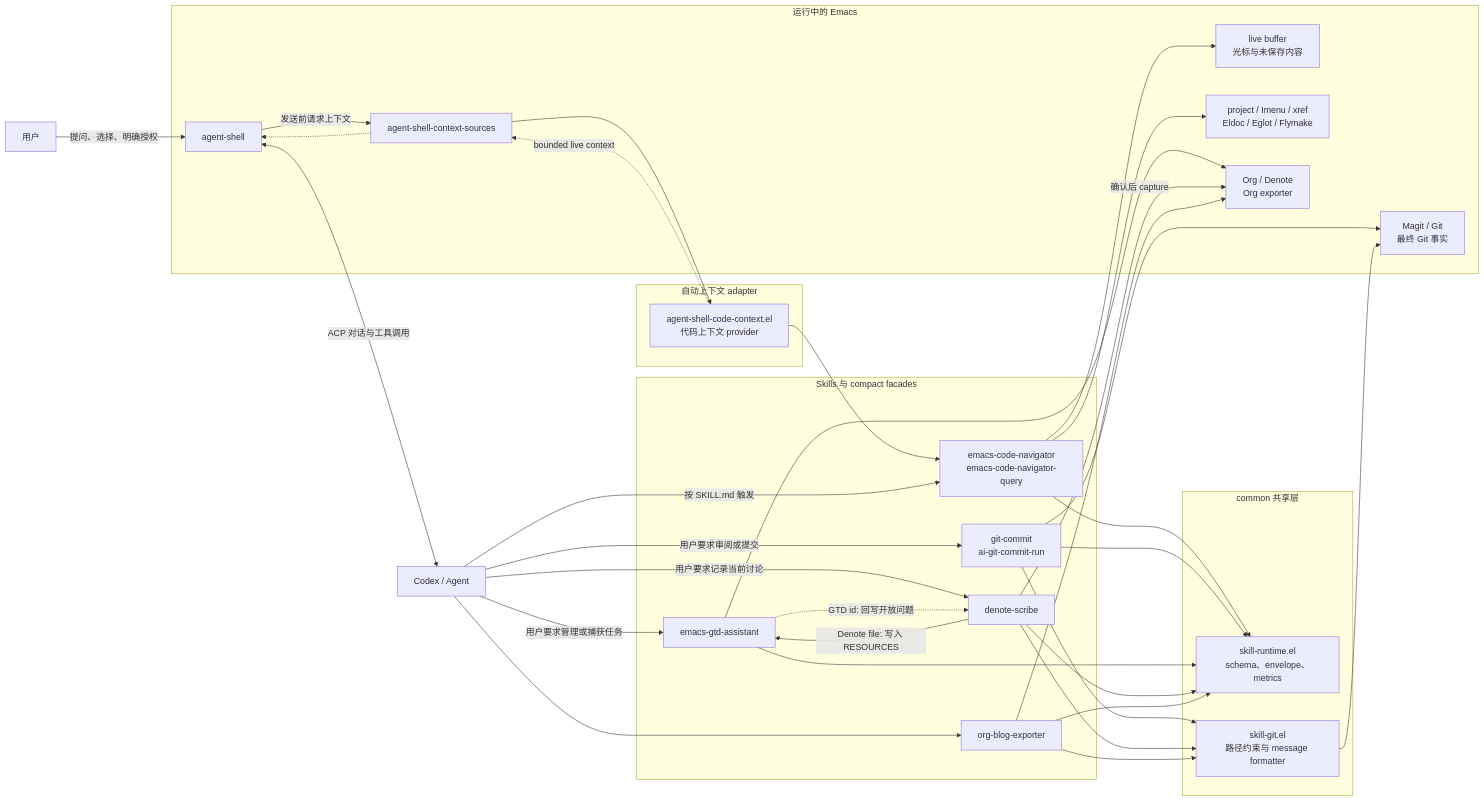
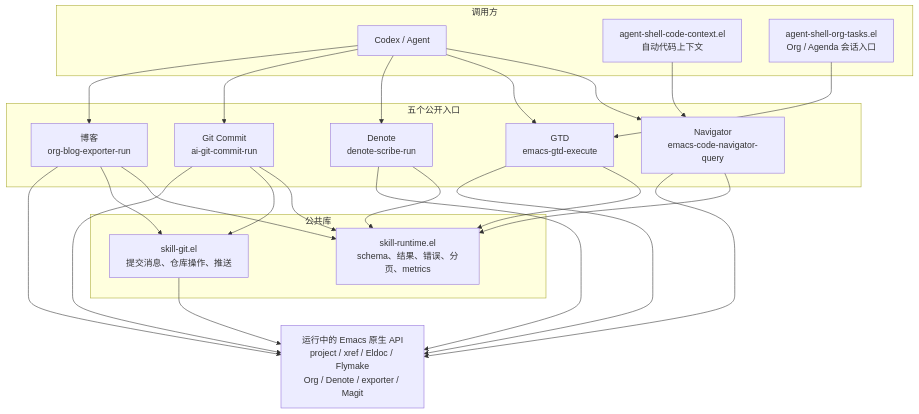
One commit to zorowk/skills changed the diagram in README.md. Above: the diagram before and after it, drawn with Mermaid. The commit also changed other lines of this file, not shown here.

Commit message:
docs(architecture): align the guide with shared code boundaries
The architecture diagram omitted the Org session adapter and showed a Git dependency that Denote no
longer has.

- Show both adapters, all five facade entry points, and their actual shared library dependencies.
- Describe centralized GTD contracts and shared full/compact result assembly.
- Clarify that the agent coordinates Denote and GTD associations.

Keep the architecture guide consistent with the simplified implementation.

````diff
--- a/README.md
+++ b/README.md
@@ -39,67 +39,31 @@
 ```mermaid
-flowchart LR
-    USER["用户"]
-    AGENT["Codex / Agent"]
-
-    subgraph EMACS["运行中的 Emacs"]
-        AS["agent-shell"]
-        SOURCES["agent-shell-context-sources"]
-        BUFFER["live buffer<br/>光标与未保存内容"]
-        CODEAPI["project / Imenu / xref<br/>Eldoc / Eglot / Flymake"]
-        ORG["Org / Denote<br/>Org exporter"]
-        MAGIT["Magit / Git<br/>最终 Git 事实"]
+flowchart TB
+    subgraph CALLERS["调用方"]
+        AGENT["Codex / Agent"]
+        CODECTX["agent-shell-code-context.el<br/>自动代码上下文"]
+        ORGTASKS["agent-shell-org-tasks.el<br/>Org / Agenda 会话入口"]
     end
 
-    subgraph COMMON["common 共享层"]
-        RUNTIME["skill-runtime.el<br/>schema、envelope、metrics"]
-        GITCORE["skill-git.el<br/>路径约束与 message formatter"]
+    subgraph FACADES["五个公开入口"]
+        NAV["Navigator<br/>emacs-code-navigator-query"]
+        GTD["GTD<br/>emacs-gtd-execute"]
+        SCRIBE["Denote<br/>denote-scribe-run"]
+        COMMIT["Git Commit<br/>ai-git-commit-run"]
+        BLOG["博客<br/>org-blog-exporter-run"]
     end
 
-    subgraph ADAPTERS["自动上下文 adapter"]
-        CODECTX["agent-shell-code-context.el<br/>代码上下文 provider"]
+    subgraph COMMON["公共库"]
+        RUNTIME["skill-runtime.el<br/>schema、结果、错误、分页、metrics"]
+        GITCORE["skill-git.el<br/>提交消息、仓库操作、推送"]
     end
 
-    subgraph SKILLS["Skills 与 compact facades"]
-        NAV["emacs-code-navigator<br/>emacs-code-navigator-query"]
-        COMMIT["git-commit<br/>ai-git-commit-run"]
-        GTD["emacs-gtd-assistant"]
-        SCRIBE["denote-scribe"]
-        BLOG["org-blog-exporter"]
-    end
+    NATIVE["运行中的 Emacs 原生 API<br/>project / xref / Eldoc / Flymake<br/>Org / Denote / exporter / Magit"]
 
-    USER -->|"提问、选择、明确授权"| AS
-    AS <-->|"ACP 对话与工具调用"| AGENT
-
-    AS -->|"发送前请求上下文"| SOURCES
-    SOURCES --> CODECTX
+    AGENT --> NAV & GTD & SCRIBE & COMMIT & BLOG
     CODECTX --> NAV
-    NAV --> BUFFER
-    NAV --> CODEAPI
-    CODECTX -.->|"bounded live context"| SOURCES
-    SOURCES -.-> AS
-
-    AGENT -->|"用户要求管理或捕获任务"| GTD
-    AGENT -->|"用户要求记录当前讨论"| SCRIBE
-    AGENT -->|"用户要求审阅或提交"| COMMIT
-    SCRIBE -->|"Denote file: 写入 RESOURCES"| GTD
-    GTD -.->|"GTD id: 回写开放问题"| SCRIBE
-
-    AGENT -->|"按 SKILL.md 触发"| NAV
-    AGENT --> BLOG
-
-    NAV --> RUNTIME
-    COMMIT --> RUNTIME
-    GTD --> RUNTIME
-    SCRIBE --> RUNTIME
-    BLOG --> RUNTIME
-    COMMIT --> GITCORE
-    SCRIBE --> GITCORE
-    BLOG --> GITCORE
-
-    GTD --> ORG
-    SCRIBE -->|"确认后 capture"| ORG
-    BLOG --> ORG
-    COMMIT --> MAGIT
-    GITCORE --> MAGIT
-
+    ORGTASKS --> GTD
+    NAV & GTD & SCRIBE & COMMIT & BLOG --> RUNTIME
+    COMMIT & BLOG --> GITCORE
+    NAV & GTD & SCRIBE & COMMIT & BLOG --> NATIVE
+    GITCORE --> NATIVE
 ```
````
